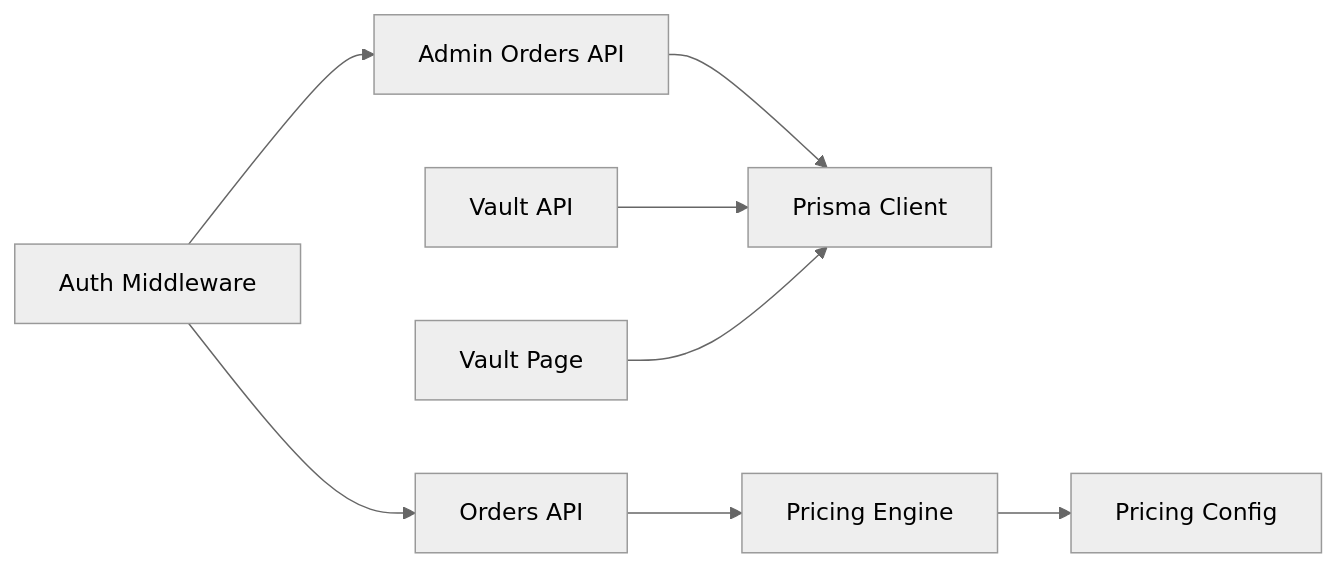
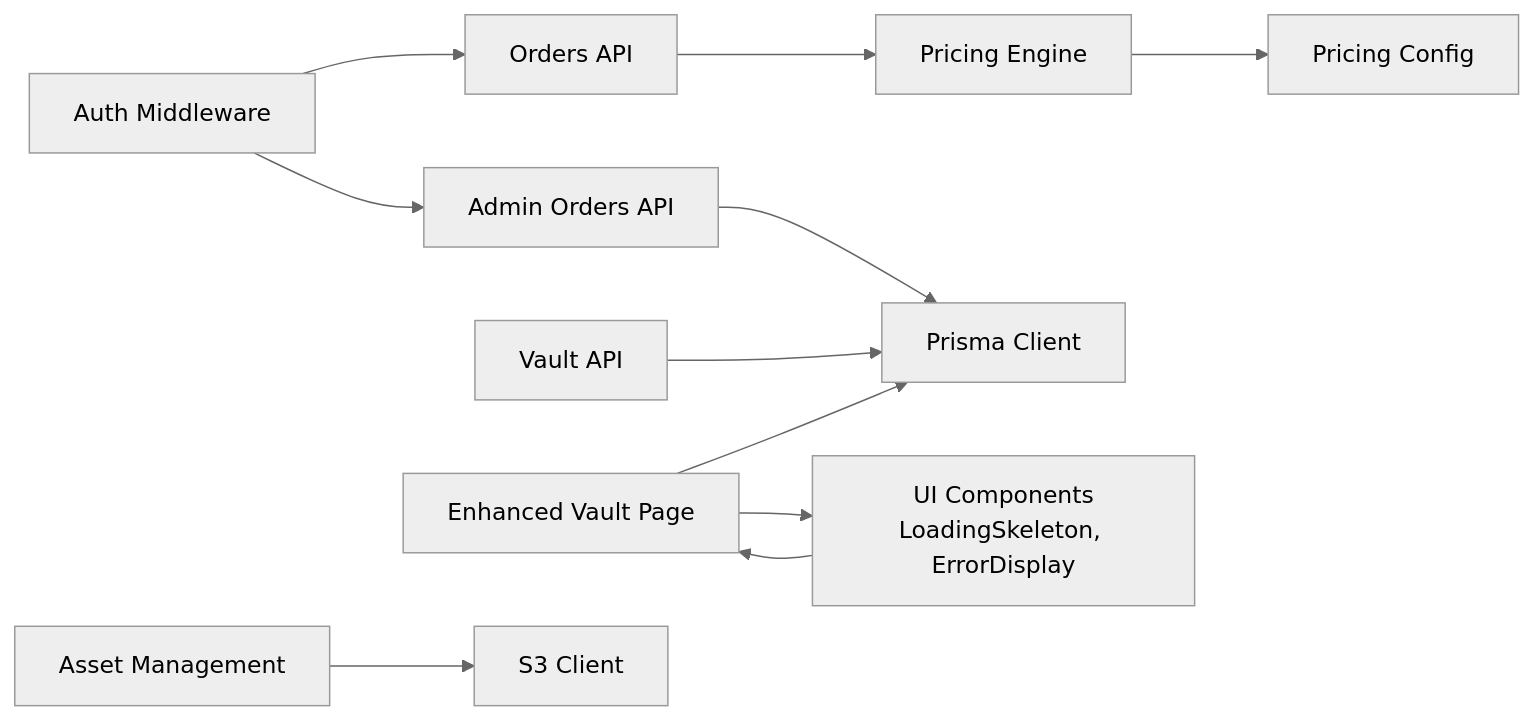
One commit to Crowdspender/titchybooks-app changed the fourth of 4 diagrams in .qoder/repowiki/en/content/User Dashboard/Vault Storage System.md. Above: the diagram before and after it, drawn with Mermaid (neutral theme). The commit also changed other lines of this file and 23 other files, not shown here.

````diff
--- a/.qoder/repowiki/en/content/User Dashboard/Vault Storage System.md
+++ b/.qoder/repowiki/en/content/User Dashboard/Vault Storage System.md
@@ -273,18 +396,24 @@
 ```mermaid
 graph LR
 AUTH["Auth Middleware"]
 PRISMA["Prisma Client"]
 ENGINE["Pricing Engine"]
 CONFIG["Pricing Config"]
 ORDERS["Orders API"]
 ADMIN["Admin Orders API"]
 VAULTAPI["Vault API"]
-VAULTPAGE["Vault Page"]
+VAULTPAGE["Enhanced Vault Page"]
+UI["UI Components<br/>LoadingSkeleton, ErrorDisplay"]
+S3["S3 Client"]
+ASSETS["Asset Management"]
 AUTH --> ORDERS
 AUTH --> ADMIN
 ORDERS --> ENGINE
 ENGINE --> CONFIG
 ADMIN --> PRISMA
 VAULTAPI --> PRISMA
 VAULTPAGE --> PRISMA
+VAULTPAGE --> UI
+ASSETS --> S3
+UI --> VAULTPAGE
 ```
````
